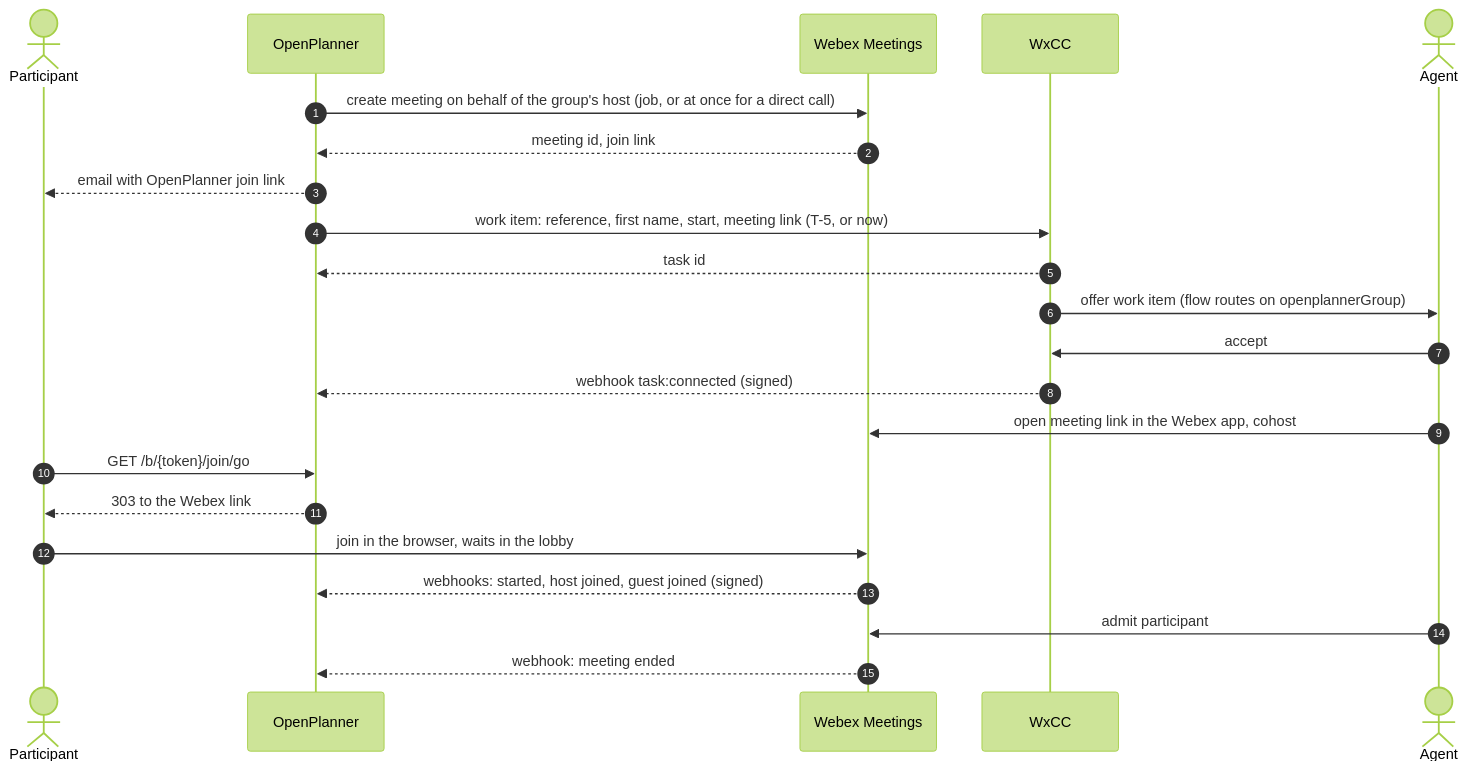
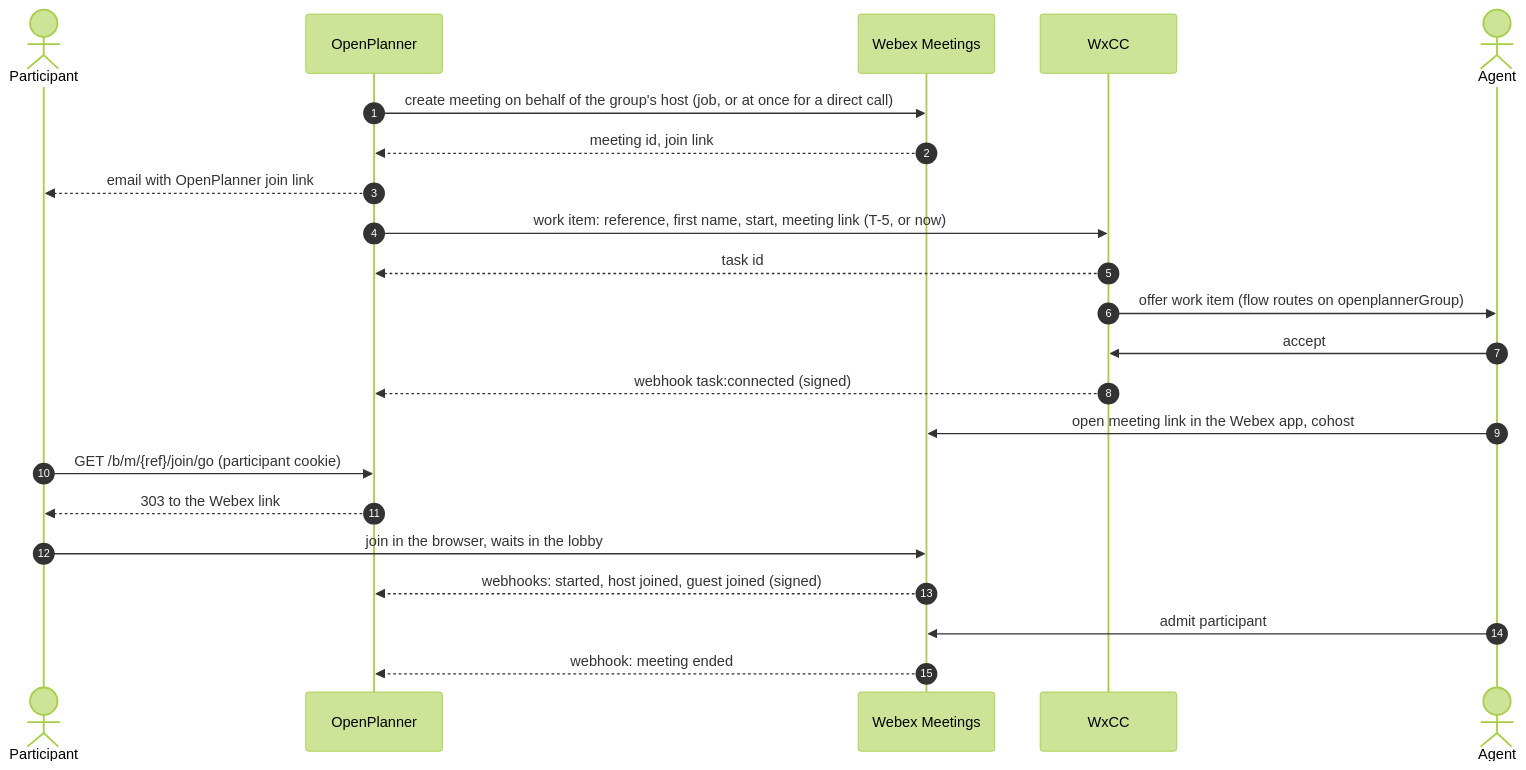
Before and after one commit to 3Corners-Labs/OpenPlanner: the ninth of 15 diagrams in docs/architecture.md, drawn with Mermaid (forest theme). The commit also changed other lines of this file and 27 other files, not shown here.

First line of the commit message:
feat(participant): trial, join, waiting room and direct call on the participant cookie (ADR 0093 steps 3, 4)

````diff
--- a/docs/architecture.md
+++ b/docs/architecture.md
@@ -568,25 +568,25 @@
 ```mermaid
 sequenceDiagram
     autonumber
     actor C as Participant
     participant O as OpenPlanner
     participant W as Webex Meetings
     participant X as WxCC
     actor A as Agent
 
     O->>W: create meeting on behalf of the group's host (job, or at once for a direct call)
     W-->>O: meeting id, join link
     O-->>C: email with OpenPlanner join link
     O->>X: work item: reference, first name, start, meeting link (T-5, or now)
     X-->>O: task id
     X->>A: offer work item (flow routes on openplannerGroup)
     A->>X: accept
     X-->>O: webhook task:connected (signed)
     A->>W: open meeting link in the Webex app, cohost
-    C->>O: GET /b/{token}/join/go
+    C->>O: GET /b/m/{ref}/join/go (participant cookie)
     O-->>C: 303 to the Webex link
     C->>W: join in the browser, waits in the lobby
     W-->>O: webhooks: started, host joined, guest joined (signed)
     A->>W: admit participant
     W-->>O: webhook: meeting ended
 ```
````
